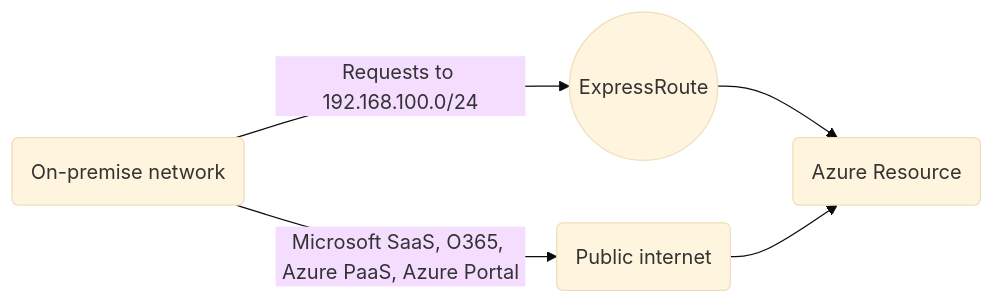
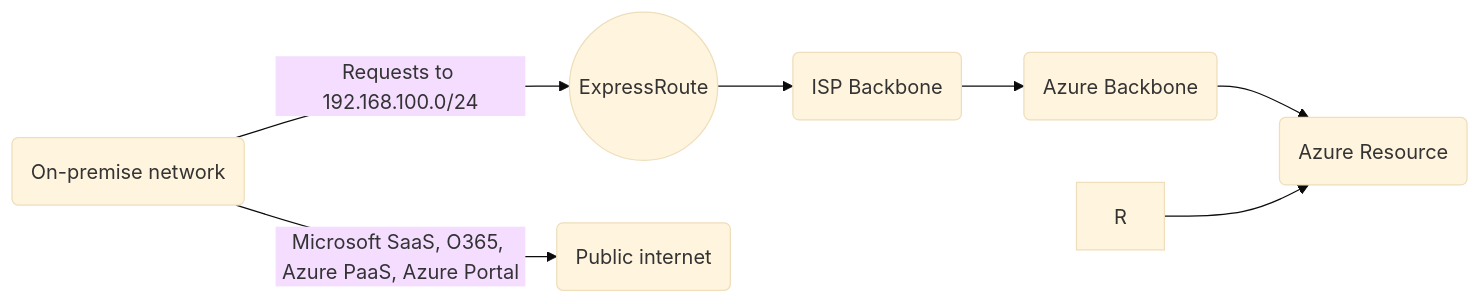
Before and after one commit to bigtoga/Examples: the second of 6 diagrams in Cloud - Azure/Azure Virtual Networks/ExpressRoute and S2S VPN.md, drawn with Mermaid (base theme).

Commit message:
Update ExpressRoute and S2S VPN.md

````diff
--- a/Cloud - Azure/Azure Virtual Networks/ExpressRoute and S2S VPN.md
+++ b/Cloud - Azure/Azure Virtual Networks/ExpressRoute and S2S VPN.md
@@ -84,7 +84,9 @@
 ```mermaid
 graph LR
     A(On-premise network) -- Requests to 192.168.100.0/24 --> B((ExpressRoute))
-    B --> C(Azure Resource)
-    A -- Microsoft SaaS, O365, Azure PaaS, Azure Portal --> E(Public internet)
-    E --> C
+    B --> C(ISP Backbone)
+    C --> D(Azure Backbone)
+    D --> E(Azure Resource)
+    A -- Microsoft SaaS, O365, Azure PaaS, Azure Portal --> F(Public internet)
+    R --> E
 ```    
````
